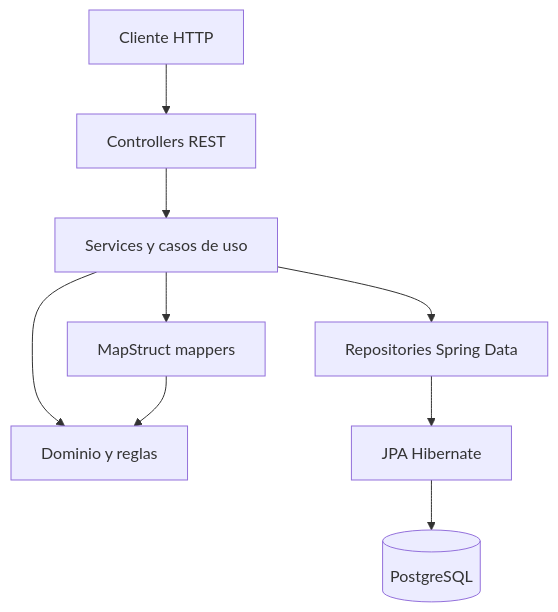
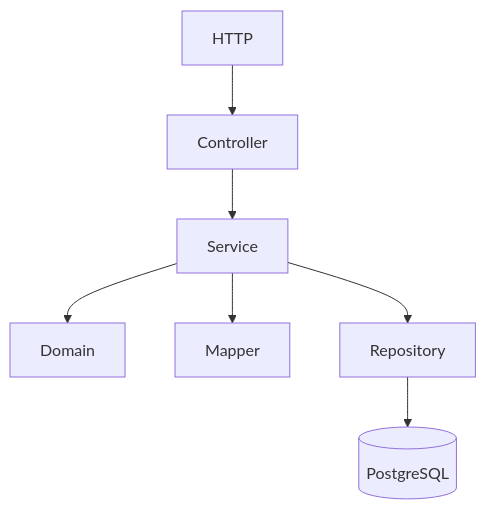
The third of 10 diagrams in PLAN_PROYECTO.md (HectorARiascosI/musical-rent-api), drawn with Mermaid before and after one commit. The commit also changed other lines of this file, not shown here.

Commit message:
docs: separa dominio musical de referencias externas

````diff
--- a/PLAN_PROYECTO.md
+++ b/PLAN_PROYECTO.md
@@ -1933,20 +761,14 @@
 ```mermaid
 flowchart TB
-  HTTP[Cliente HTTP]
-  CTRL[Controllers REST]
-  SERV[Services y casos de uso]
-  DOM[Dominio y reglas]
-  MAP[MapStruct mappers]
-  REPO[Repositories Spring Data]
-  JPA[JPA Hibernate]
-  DB[(PostgreSQL)]
-
-  HTTP --> CTRL
-  CTRL --> SERV
-  SERV --> DOM
-  SERV --> MAP
-  SERV --> REPO
-  REPO --> JPA
-  JPA --> DB
-  MAP --> DOM
+    HTTP[HTTP]
+    CTRL[Controller]
+    SERV[Service]
+    DOM[Domain]
+    MAP[Mapper]
+    REPO[Repository]
+    DB[(PostgreSQL)]
+    HTTP --> CTRL --> SERV
+    SERV --> DOM
+    SERV --> MAP
+    SERV --> REPO --> DB
 ```
````
